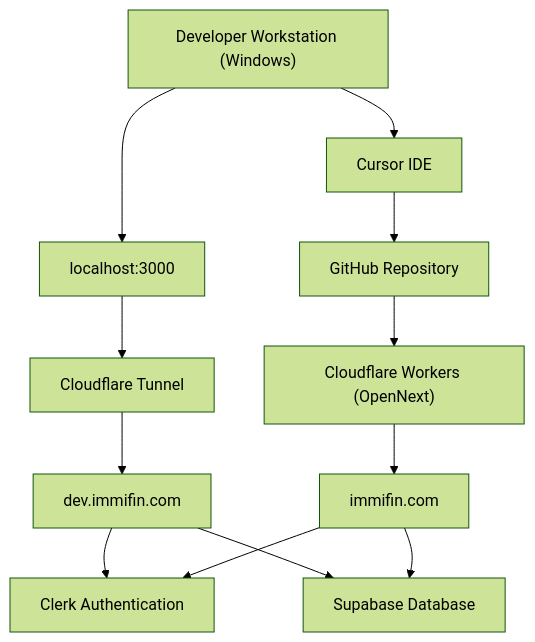
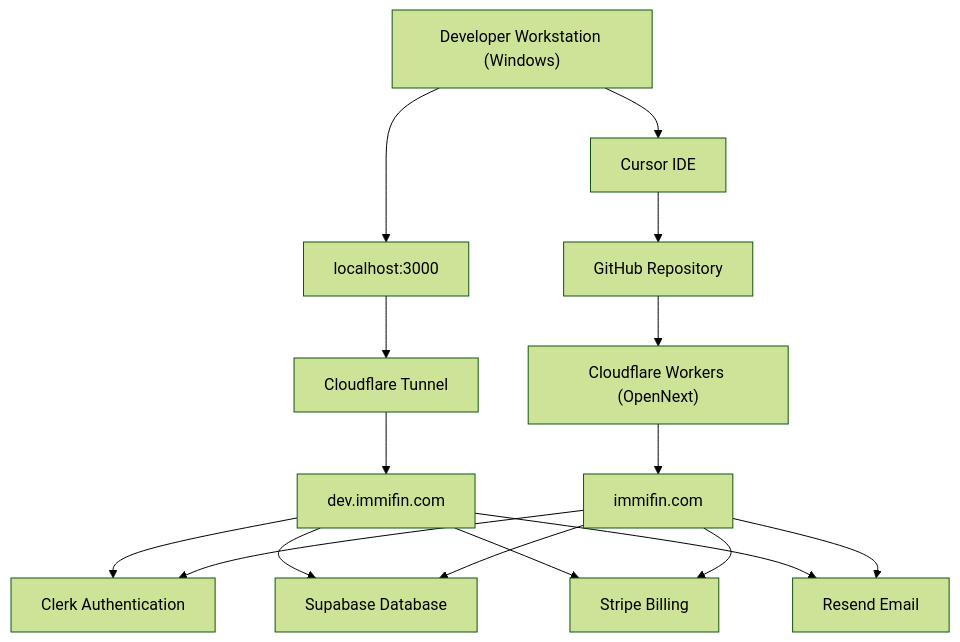
Before and after one commit to adminjodiba/immifin: the first of 2 diagrams in docs/SYSTEM_ARCHITECTURE.md, drawn with Mermaid (forest theme). The commit also changed other lines of this file and 153 other files, not shown here.

First line of the commit message:
feat(commercial): complete Sprint 7 Stripe platform and Billing Center

````diff
--- a/docs/SYSTEM_ARCHITECTURE.md
+++ b/docs/SYSTEM_ARCHITECTURE.md
@@ -65,43 +70,51 @@
 ```mermaid
 flowchart TD
 
 Developer["Developer Workstation (Windows)"]
 
 Cursor["Cursor IDE"]
 
 GitHub["GitHub Repository"]
 
 CFWorkers["Cloudflare Workers (OpenNext)"]
 
 Tunnel["Cloudflare Tunnel"]
 
 Local["localhost:3000"]
 
 Dev["dev.immifin.com"]
 
 Prod["immifin.com"]
 
 Clerk["Clerk Authentication"]
 
 Supabase["Supabase Database"]
 
+Stripe["Stripe Billing"]
+
+Resend["Resend Email"]
+
 Developer --> Cursor
 
 Developer --> Local
 
 Local --> Tunnel
 
 Tunnel --> Dev
 
 Cursor --> GitHub
 
 GitHub --> CFWorkers
 
 CFWorkers --> Prod
 
 Dev --> Clerk
 Dev --> Supabase
+Dev --> Stripe
+Dev --> Resend
 
 Prod --> Clerk
 Prod --> Supabase
+Prod --> Stripe
+Prod --> Resend
 ```
````
